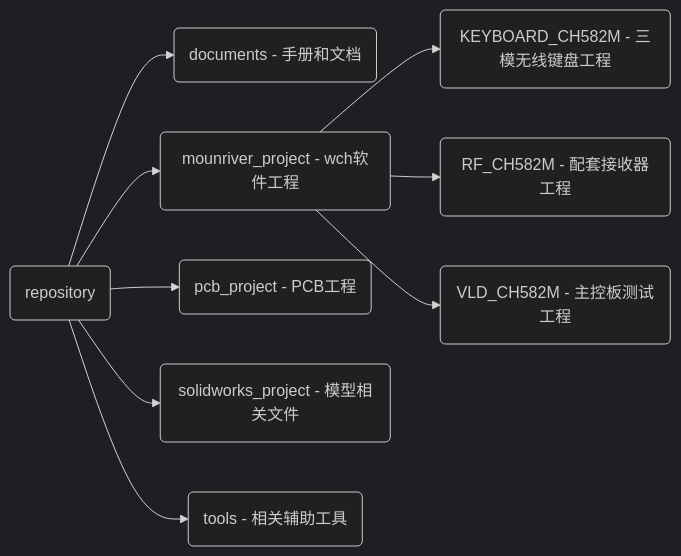
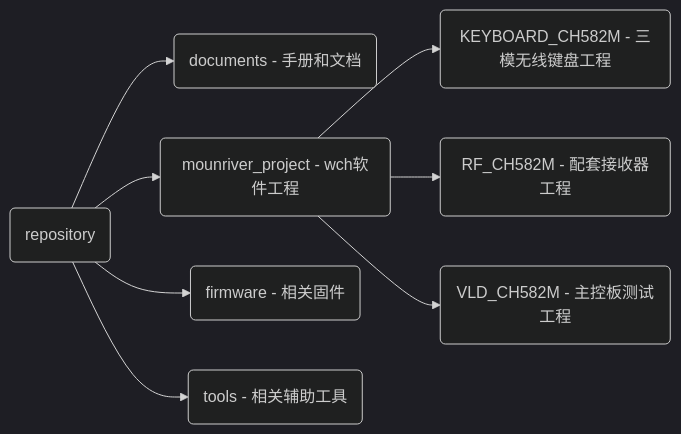
The first of 2 diagrams in README.md (ChnMasterOG/tp78_v2), drawn with Mermaid (dark theme) before and after one commit.

````diff
--- a/README.md
+++ b/README.md
@@ -33,12 +33,11 @@
 ```mermaid
 flowchart LR
 
 A(repository) --> B(documents - 手册和文档)
 A(repository) --> C(mounriver_project - wch软件工程)
-A(repository) --> D(pcb_project - PCB工程)
-A(repository) --> E(solidworks_project - 模型相关文件)
+A(repository) --> D(firmware - 相关固件)
 A(repository) --> F(tools - 相关辅助工具)
 C(mounriver_project - wch软件工程) --> G(KEYBOARD_CH582M - 三模无线键盘工程)
 C(mounriver_project - wch软件工程) --> H(RF_CH582M - 配套接收器工程)
 C(mounriver_project - wch软件工程) --> J(VLD_CH582M - 主控板测试工程)
 ```
````
